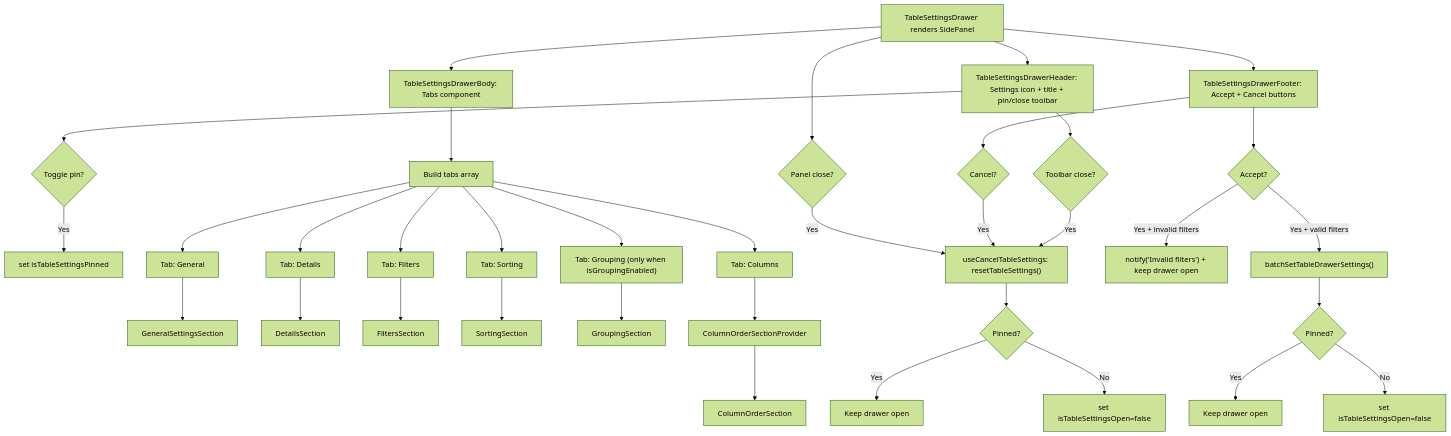
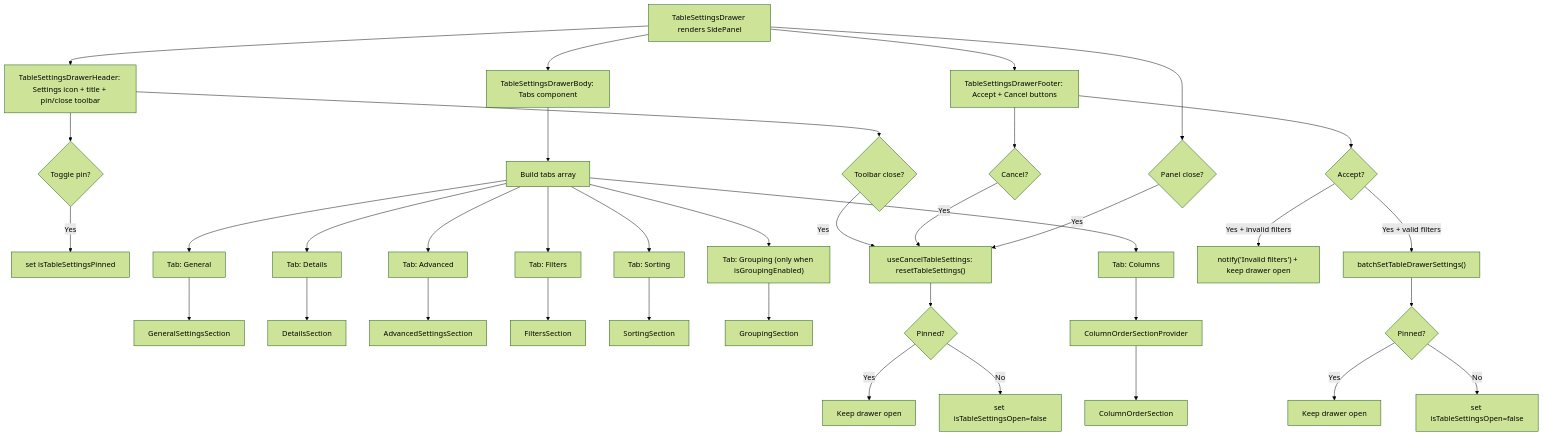
The second of 3 diagrams in packages/ui/src/components/Table/TableSettingsDrawer/ARCHITECTURE.md (luciocabrera/lcabrera-stack), drawn with Mermaid (forest theme) before and after one commit. The commit also changed other lines of this file and 77 other files, not shown here.

First line of the commit message:
feat(ui): move totals and the tab order into an Advanced settings tab

````diff
--- a/packages/ui/src/components/Table/TableSettingsDrawer/ARCHITECTURE.md
+++ b/packages/ui/src/components/Table/TableSettingsDrawer/ARCHITECTURE.md
@@ -197,46 +210,49 @@
 ```mermaid
 graph TD
   A["TableSettingsDrawer renders SidePanel"] --> O["TableSettingsDrawerHeader: Settings icon + title + pin/close toolbar"]
   A --> P["TableSettingsDrawerBody: Tabs component"]
   A --> Q["TableSettingsDrawerFooter: Accept + Cancel buttons"]
 
   O --> W{"Toggle pin?"}
   W -->|Yes| X["set isTableSettingsPinned"]
   O --> C2{"Toolbar close?"}
   C2 -->|Yes| V
 
   P --> D["Build tabs array"]
 
   D --> E["Tab: General"]
   E --> F["GeneralSettingsSection"]
 
   D --> E2["Tab: Details"]
   E2 --> F2["DetailsSection"]
+
+  D --> E3["Tab: Advanced"]
+  E3 --> F3["AdvancedSettingsSection"]
 
   D --> G["Tab: Filters"]
   G --> H["FiltersSection"]
 
   D --> I["Tab: Sorting"]
   I --> J["SortingSection"]
 
   D --> I2["Tab: Grouping (only when isGroupingEnabled)"]
   I2 --> J2["GroupingSection"]
 
   D --> K["Tab: Columns"]
   K --> L["ColumnOrderSectionProvider"]
   L --> M["ColumnOrderSection"]
 
   Q --> R{"Accept?"}
   R -->|Yes + invalid filters| S["notify('Invalid filters') + keep drawer open"]
   R -->|Yes + valid filters| T["batchSetTableDrawerSettings()"]
   T --> U{"Pinned?"}
   U -->|Yes| K1["Keep drawer open"]
   U -->|No| K2["set isTableSettingsOpen=false"]
   Q --> C{"Cancel?"}
   C -->|Yes| V["useCancelTableSettings: resetTableSettings()"]
   A --> C3{"Panel close?"}
   C3 -->|Yes| V
   V --> P2{"Pinned?"}
   P2 -->|Yes| K3["Keep drawer open"]
   P2 -->|No| K4["set isTableSettingsOpen=false"]
 ```
````
